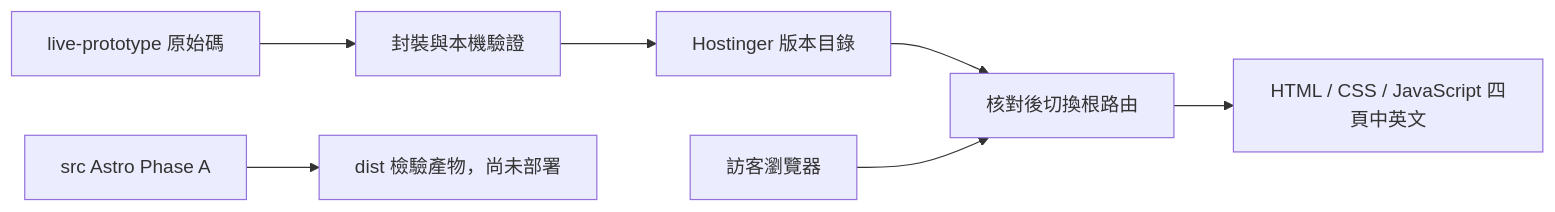
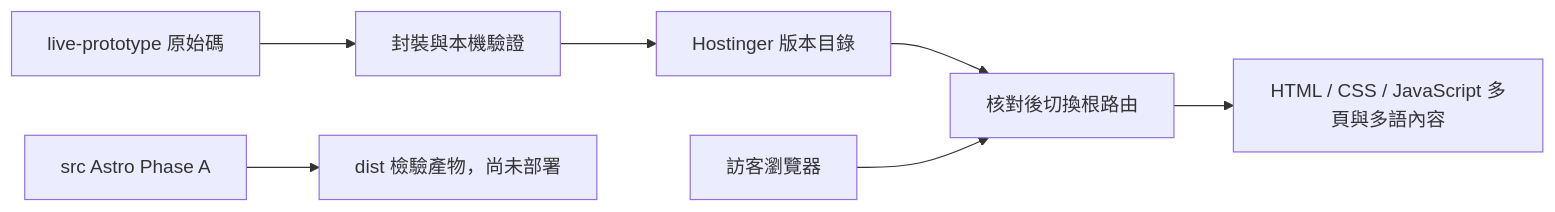
The diagram in docs/guidelines/PRD-Guideline-Web.md (LinthDale/synaiq-web), drawn with Mermaid before and after one commit. The commit also changed other lines of this file and 2 other files, not shown here.

````diff
--- a/docs/guidelines/PRD-Guideline-Web.md
+++ b/docs/guidelines/PRD-Guideline-Web.md
@@ -97,9 +111,9 @@
 ```mermaid
 flowchart LR
   S["live-prototype 原始碼"] --> B["封裝與本機驗證"]
   B --> R["Hostinger 版本目錄"]
   R --> G["核對後切換根路由"]
   U["訪客瀏覽器"] --> G
-  G --> P["HTML / CSS / JavaScript 四頁中英文"]
+  G --> P["HTML / CSS / JavaScript 多頁與多語內容"]
   A["src Astro Phase A"] --> D["dist 檢驗產物，尚未部署"]
 ```
````
